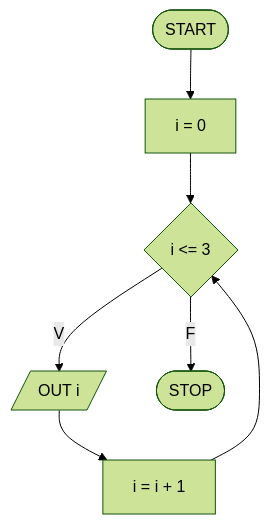
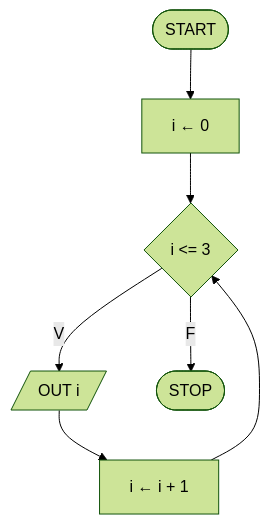
Before and after one commit to pg-laboratorio/flowcharts_laboratorio_esercizi: diagram 16 of 28 in flowcharts_soluzioni.md, drawn with Mermaid (forest theme). The commit also changed other lines of this file, not shown here.

````diff
--- a/flowcharts_soluzioni.md
+++ b/flowcharts_soluzioni.md
@@ -290,10 +340,9 @@
 ```mermaid
 graph TD
-    START([START]) --> INIT[i = 0]
+    START([START]) --> INIT["i ← 0"]
     INIT --> COND{"i <= 3"}
-    COND -- V --> OUTPUT[/OUT i/]
-    OUTPUT --> INC[i = i + 1]
+    COND -- V --> OUTPUT[/"OUT i"/]
+    OUTPUT --> INC["i ← i + 1"]
     INC --> COND
     COND -- F --> STOP([STOP])
-
 ```
````
